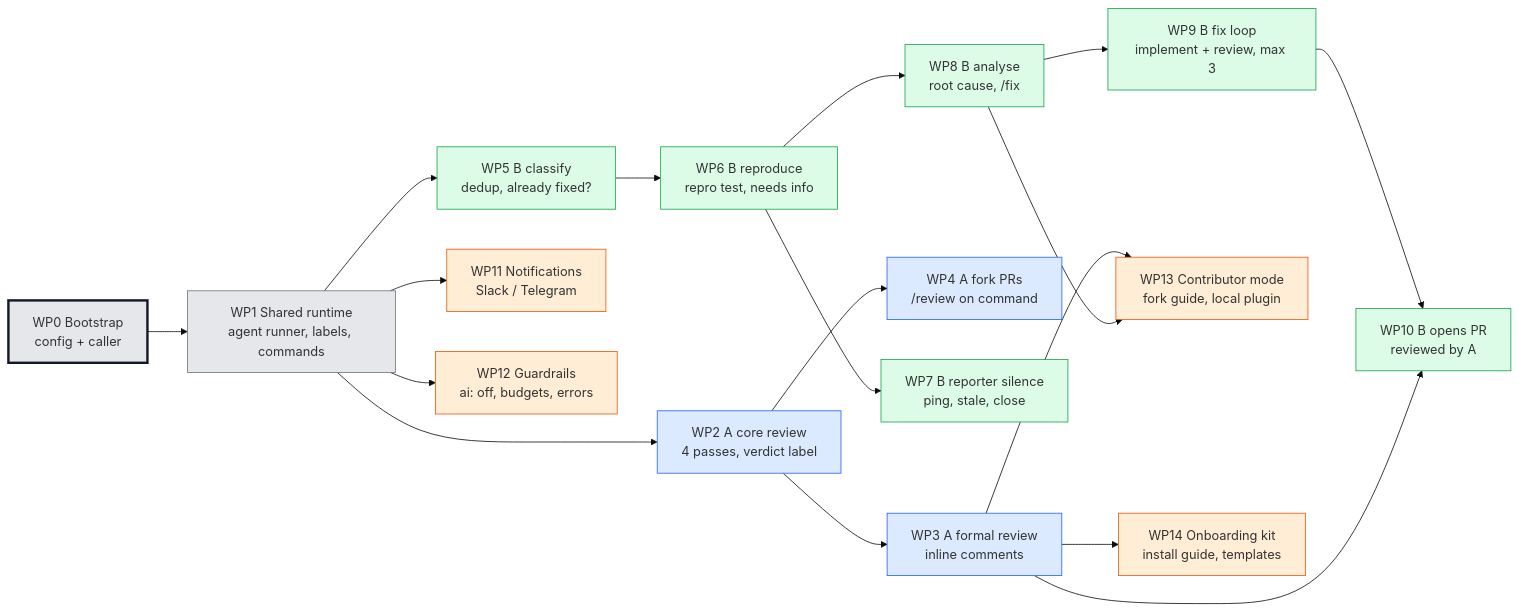
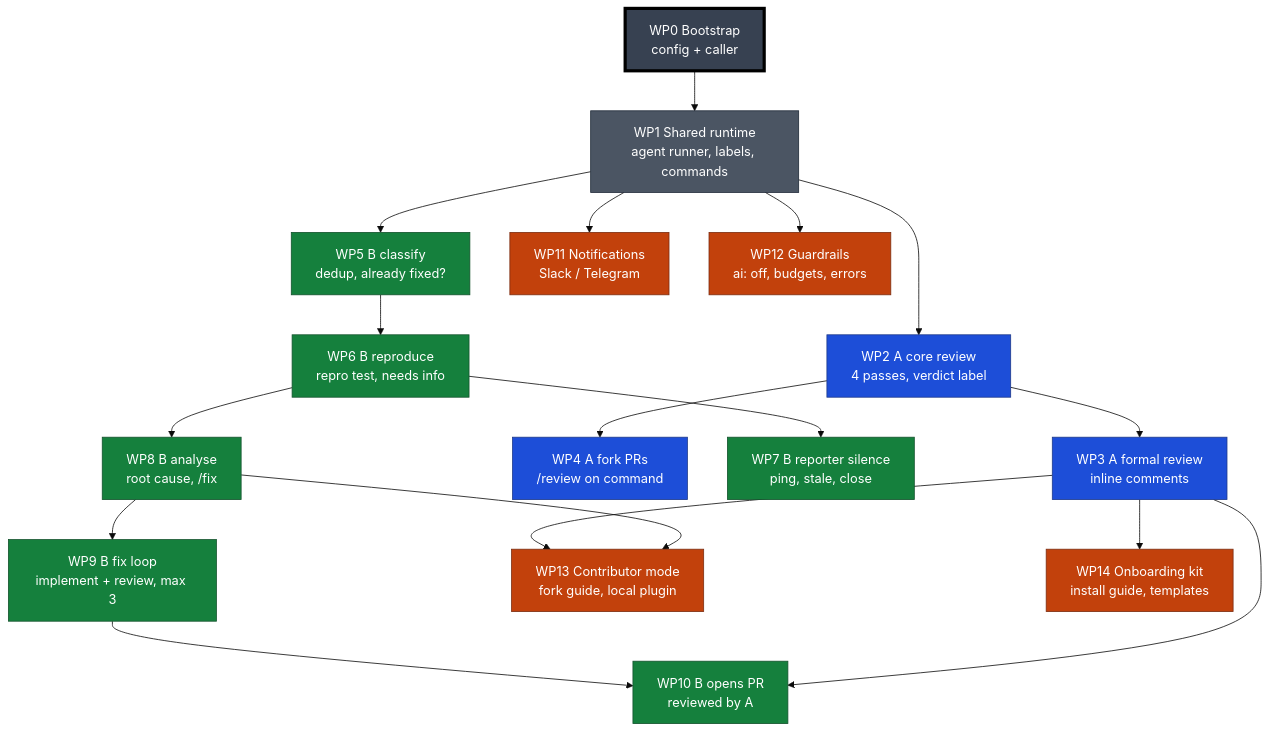
One commit to esciara/ai-workflows changed the first of 2 diagrams in docs/diagrams.md. Above: the diagram before and after it, drawn with Mermaid (base theme). The commit also changed other lines of this file, not shown here.

Commit message:
docs: diagrams top-down with high-contrast colours
Claude-Session: https://claude.ai/code/session_016mqKwhLZEg4hC2qUGNcH7s

````diff
--- a/docs/diagrams.md
+++ b/docs/diagrams.md
@@ -9,28 +9,28 @@
 ```mermaid
-flowchart LR
+flowchart TD
   WP0["WP0 Bootstrap<br/>config + caller"]:::done --> WP1["WP1 Shared runtime<br/>agent runner, labels, commands"]:::base
 
   WP1 --> WP2["WP2 A core review<br/>4 passes, verdict label"]:::a
   WP2 --> WP3["WP3 A formal review<br/>inline comments"]:::a
   WP2 --> WP4["WP4 A fork PRs<br/>/review on command"]:::a
 
   WP1 --> WP5["WP5 B classify<br/>dedup, already fixed?"]:::b
   WP5 --> WP6["WP6 B reproduce<br/>repro test, needs info"]:::b
   WP6 --> WP7["WP7 B reporter silence<br/>ping, stale, close"]:::b
   WP6 --> WP8["WP8 B analyse<br/>root cause, /fix"]:::b
   WP8 --> WP9["WP9 B fix loop<br/>implement + review, max 3"]:::b
   WP9 --> WP10["WP10 B opens PR<br/>reviewed by A"]:::b
   WP3 --> WP10
 
   WP1 --> WP11["WP11 Notifications<br/>Slack / Telegram"]:::x
   WP1 --> WP12["WP12 Guardrails<br/>ai: off, budgets, errors"]:::x
   WP3 --> WP13["WP13 Contributor mode<br/>fork guide, local plugin"]:::x
   WP8 --> WP13
   WP3 --> WP14["WP14 Onboarding kit<br/>install guide, templates"]:::x
 
-  classDef done fill:#e5e7eb,stroke:#111827,stroke-width:3px
-  classDef base fill:#e5e7eb,stroke:#6b7280
-  classDef a fill:#dbeafe,stroke:#2563eb
-  classDef b fill:#dcfce7,stroke:#16a34a
-  classDef x fill:#ffedd5,stroke:#ea580c
+  classDef done fill:#374151,stroke:#000000,stroke-width:4px,color:#ffffff
+  classDef base fill:#4b5563,stroke:#1f2937,color:#ffffff
+  classDef a fill:#1d4ed8,stroke:#1e3a8a,color:#ffffff
+  classDef b fill:#15803d,stroke:#14532d,color:#ffffff
+  classDef x fill:#c2410c,stroke:#7c2d12,color:#ffffff
 ```
````
